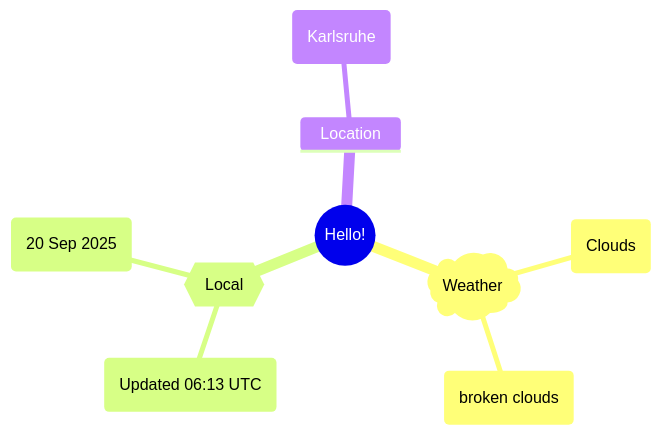
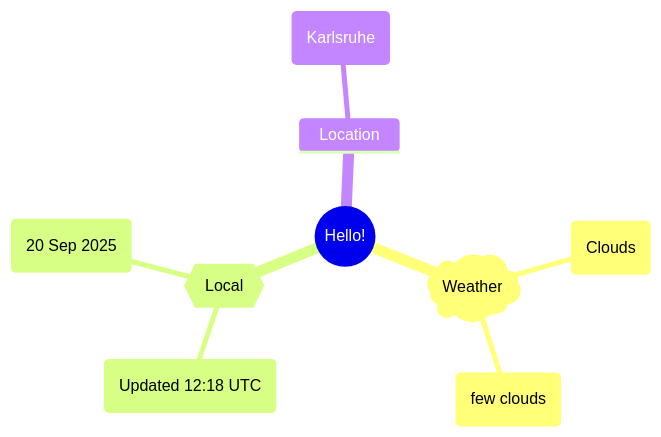
Before and after one commit to Xosrov/Xosrov: the first of 2 diagrams in README.md, drawn with Mermaid.

Commit message:
[bot] updated images

````diff
--- a/README.md
+++ b/README.md
@@ -3,12 +3,12 @@
 ```mermaid
 mindmap
   root((Hello!))
     )Weather(
         (Clouds)
-        (broken clouds)
+        (few clouds)
     {{Local}}
-        (Updated 06:13 UTC)
+        (Updated 12:18 UTC)
         (20 Sep 2025)
     Location
         (Karlsruhe)
 ```
````
